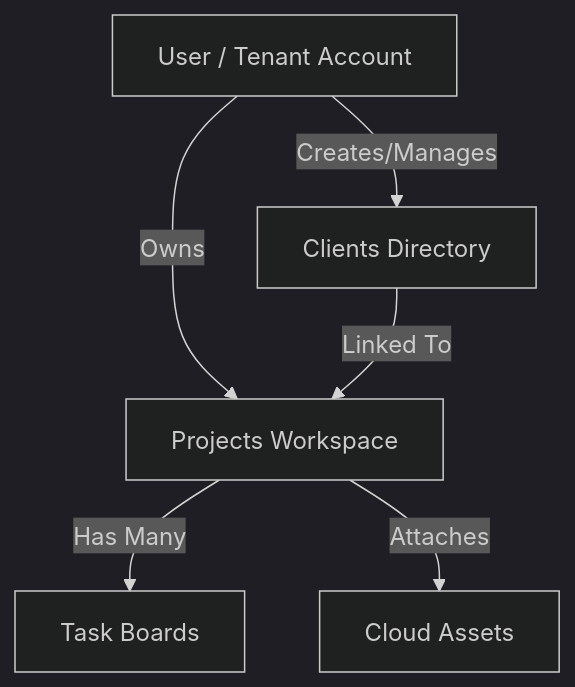
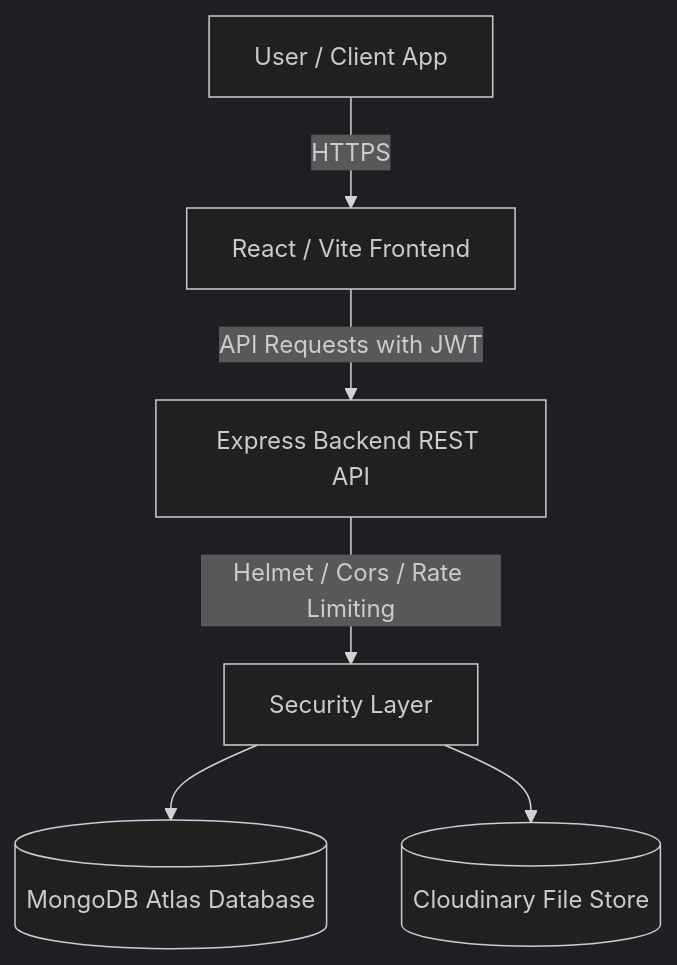
The diagram in README.md (Avneesh2023/WorkspacePro), drawn with Mermaid (dark theme) before and after one commit. The commit also changed other lines of this file and 17 other files, not shown here.

````diff
--- a/README.md
+++ b/README.md
@@ -61,8 +53,8 @@
 ```mermaid
 graph TD
-  User[User / Tenant Account] -->|Creates/Manages| Clients[Clients Directory]
-  User -->|Owns| Projects[Projects Workspace]
-  Clients -->|Linked To| Projects
-  Projects -->|Has Many| Tasks[Task Boards]
-  Projects -->|Attaches| Files[Cloud Assets]
+  User[User / Client App] -->|HTTPS| FE[React / Vite Frontend]
+  FE -->|API Requests with JWT| BE[Express Backend REST API]
+  BE -->|Helmet / Cors / Rate Limiting| Security[Security Layer]
+  Security --> DB[(MongoDB Atlas Database)]
+  Security --> Cloud[(Cloudinary File Store)]
 ```
````
